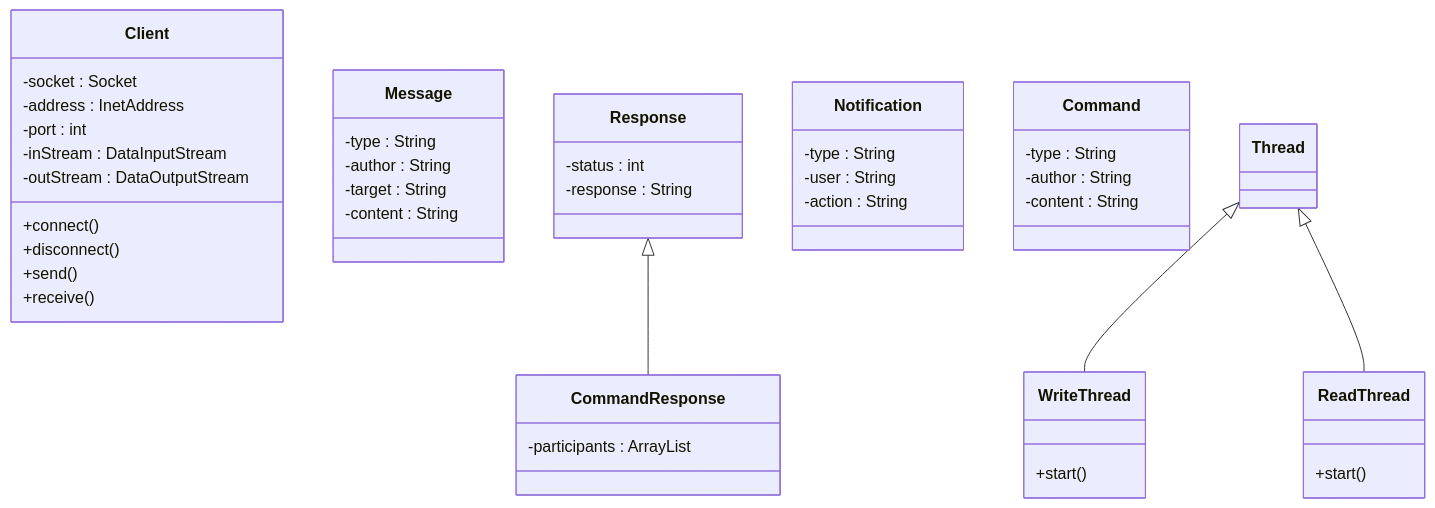
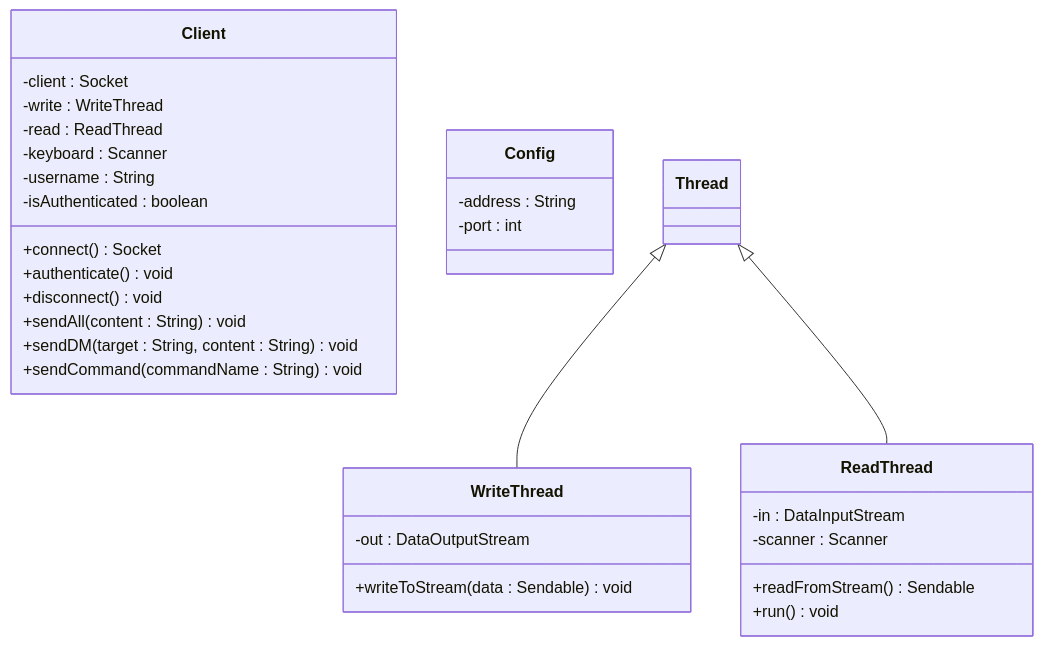
One commit to dicarlo-meucci/Java-Chat changed the fifth of 7 diagrams in README.md. Above: the diagram before and after it, drawn with Mermaid. The commit also changed other lines of this file and 3 other files, not shown here.

````diff
--- a/README.md
+++ b/README.md
@@ -263,55 +267,38 @@
 ```mermaid
 classDiagram
 
 class Client {
-    -socket : Socket
-    -address : InetAddress
+    -client : Socket
+    -write : WriteThread
+    -read : ReadThread
+    -keyboard : Scanner
+    -username : String
+    -isAuthenticated : boolean
+    +connect() Socket
+    +authenticate() void
+    +disconnect() void
+    +sendAll(content : String) void
+    +sendDM(target : String, content : String) void
+    +sendCommand(commandName : String) void
+}
+
+class Config {
+    -address : String
     -port : int
-    -inStream : DataInputStream
-    -outStream : DataOutputStream
-    +connect()
-    +disconnect()
-    +send()
-    +receive()
 }
 
 class WriteThread {
-    +start()
+    -out : DataOutputStream
+    +writeToStream(data : Sendable) void
 }
 
 class ReadThread {
-    +start()
-}
-
-class Message {
-    -type : String
-    -author : String
-    -target : String
-    -content : String
-}
-
-class Response {
-    -status : int
-    -response : String
-}
-
-class CommandResponse {
-    -participants : ArrayList
-}
-
-class Notification {
-    -type : String
-    -user : String
-    -action : String
-}
-
-class Command {
-    -type : String
-    -author : String
-    -content : String
+    -in : DataInputStream
+    -scanner : Scanner
+    +readFromStream() Sendable
+    +run() void
 }
 
 Thread <|-- WriteThread
 Thread <|-- ReadThread
-Response <|-- CommandResponse
 ```
````
